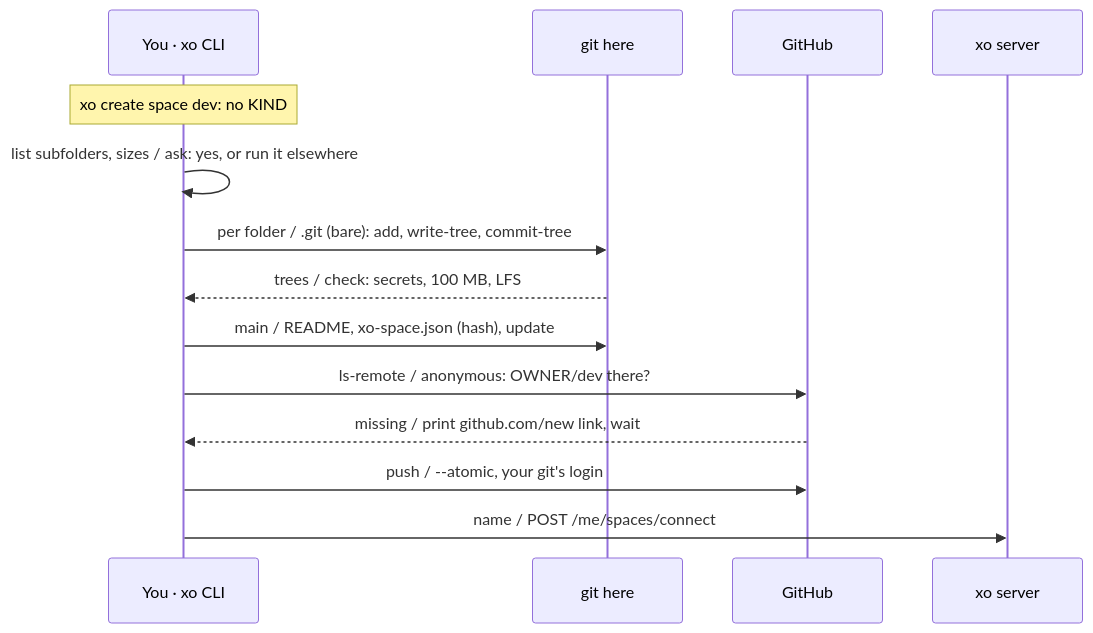
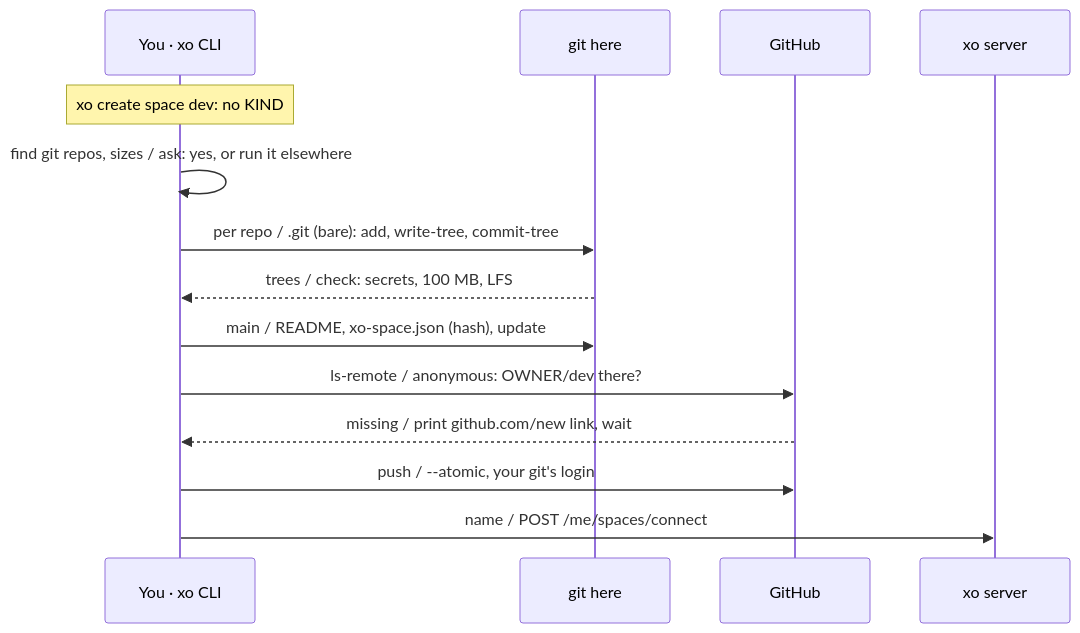
Before and after one commit to quirq-ai/xo: the ninth of 31 diagrams in docs/architecture.md, drawn with Mermaid. The commit also changed other lines of this file and 9 other files, not shown here.

First line of the commit message:
xo create space NAME: each git repository becomes a branch, not each folder (#69)

````diff
--- a/docs/architecture.md
+++ b/docs/architecture.md
@@ -229,16 +229,16 @@
 ```mermaid
 sequenceDiagram
   participant Cli as You · xo CLI
   participant Git as git here
   participant Gh as GitHub
   participant Srv as xo server
   Note over Cli: xo create space dev: no KIND
-  Cli->>Cli: list subfolders, sizes / ask: yes, or run it elsewhere
-  Cli->>Git: per folder / .git (bare): add, write-tree, commit-tree
+  Cli->>Cli: find git repos, sizes / ask: yes, or run it elsewhere
+  Cli->>Git: per repo / .git (bare): add, write-tree, commit-tree
   Git-->>Cli: trees / check: secrets, 100 MB, LFS
   Cli->>Git: main / README, xo-space.json (hash), update
   Cli->>Gh: ls-remote / anonymous: OWNER/dev there?
   Gh-->>Cli: missing / print github.com/new link, wait
   Cli->>Gh: push / --atomic, your git's login
   Cli->>Srv: name / POST /me/spaces/connect
 ```
````
